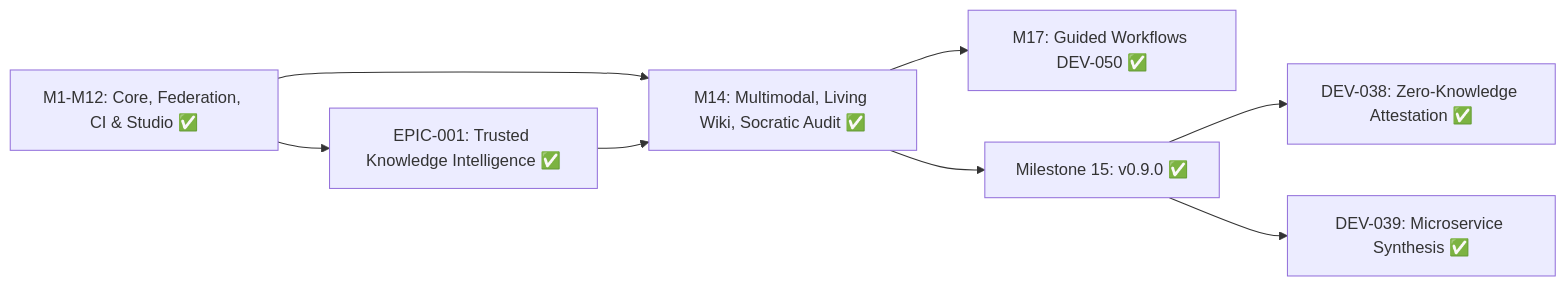
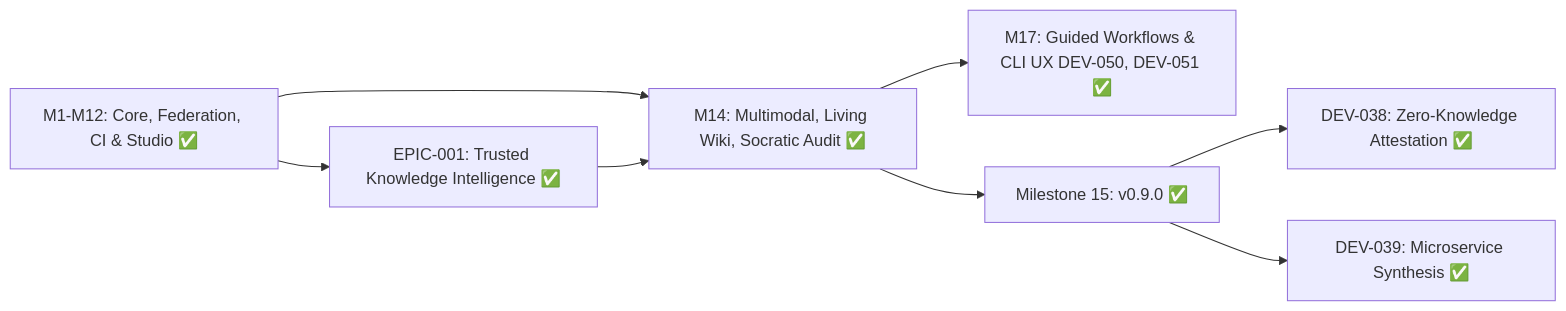
Before and after one commit to sky2464/Agtoosa2: the diagram in docs/Master-Plan.md, drawn with Mermaid. The commit also changed other lines of this file and 9 other files, not shown here.

````diff
--- a/docs/Master-Plan.md
+++ b/docs/Master-Plan.md
@@ -92,10 +93,10 @@
 ```mermaid
 flowchart LR
     M1[M1-M12: Core, Federation, CI & Studio ✅] --> M14[M14: Multimodal, Living Wiki, Socratic Audit ✅]
     M1 --> EPIC1[EPIC-001: Trusted Knowledge Intelligence ✅]
     EPIC1 --> M14
-    M14 --> M17[M17: Guided Workflows DEV-050 ✅]
+    M14 --> M17[M17: Guided Workflows & CLI UX DEV-050, DEV-051 ✅]
     M14 --> M15[Milestone 15: v0.9.0 ✅]
     M15 --> S38[DEV-038: Zero-Knowledge Attestation ✅]
     M15 --> S39[DEV-039: Microservice Synthesis ✅]
 ```
````
